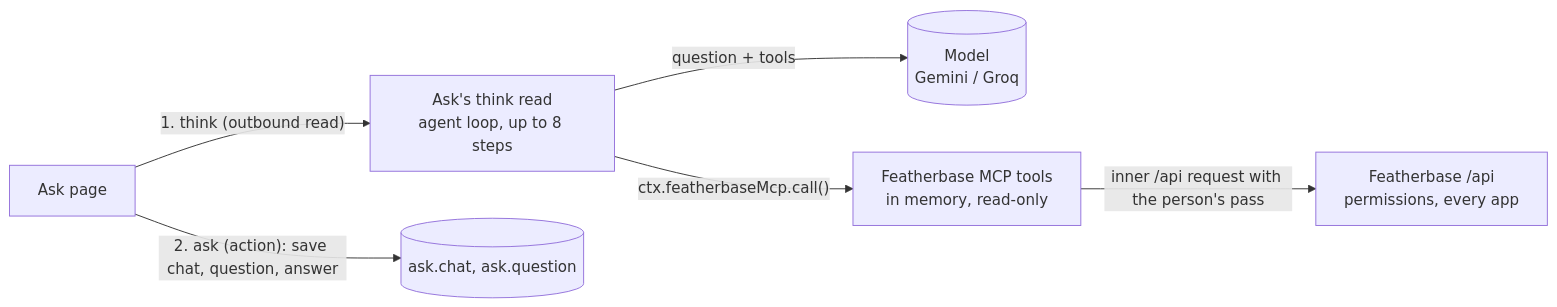
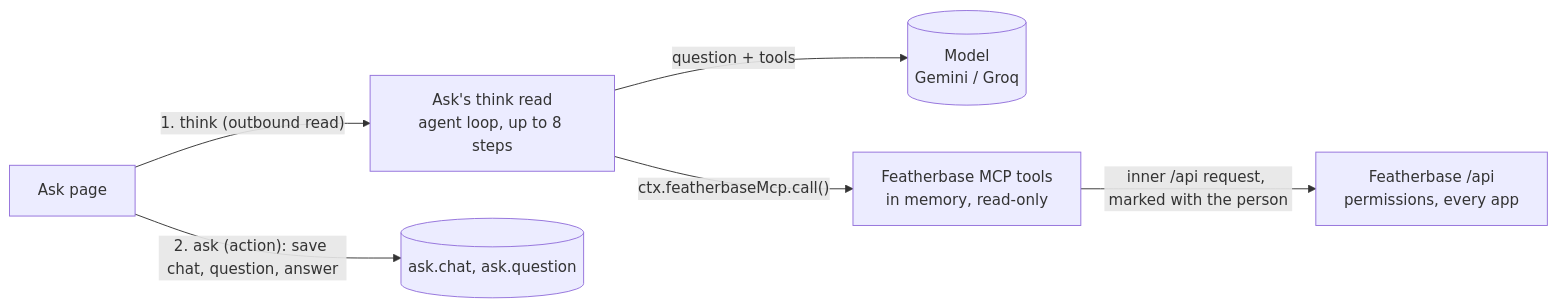
Before and after one commit to siraj-samsudeen/featherbase: the diagram in openspec/changes/feather-ask-agent/design.md, drawn with Mermaid. The commit also changed other lines of this file and 6 other files, not shown here.

First line of the commit message:
[#1377] ADR 0028: an app's agent reads Featherbase with the caller's own credential

````diff
--- a/openspec/changes/feather-ask-agent/design.md
+++ b/openspec/changes/feather-ask-agent/design.md
@@ -8,8 +8,8 @@
 ```mermaid
 flowchart LR
   page[Ask page] -- "1. think (outbound read)" --> think[Ask's think read<br/>agent loop, up to 8 steps]
   think -- question + tools --> model[(Model<br/>Gemini / Groq)]
   think -- "ctx.featherbaseMcp.call()" --> tools[Featherbase MCP tools<br/>in memory, read-only]
-  tools -- "inner /api request with the person's pass" --> api[Featherbase /api<br/>permissions, every app]
+  tools -- "inner /api request, marked with the person" --> api[Featherbase /api<br/>permissions, every app]
   page -- "2. ask (action): save chat, question, answer" --> save[(ask.chat, ask.question)]
 ```
````
